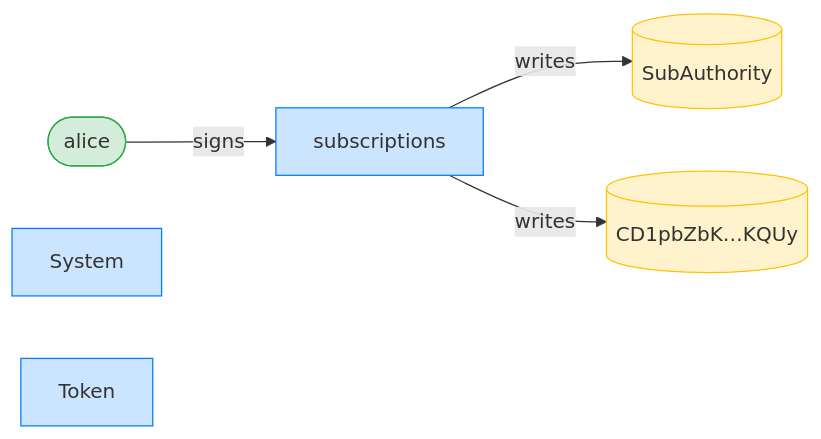
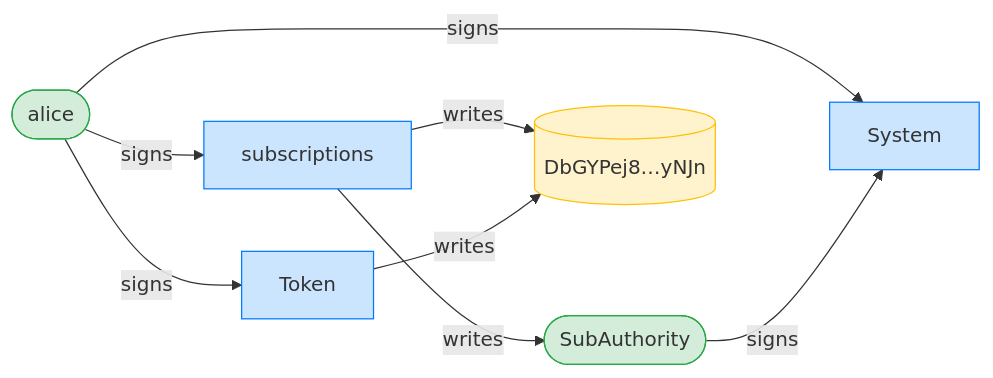
Before and after one commit to cds-rs/subscriptions: diagram 15 of 16 in dsl_tests/recurring-transfer-against-a-re-initialized-authority-is-refused.md, drawn with Mermaid. The commit also changed other lines of this file and 224 other files, not shown here.

````diff
--- a/dsl_tests/recurring-transfer-against-a-re-initialized-authority-is-refused.md
+++ b/dsl_tests/recurring-transfer-against-a-re-initialized-authority-is-refused.md
@@ -270,15 +282,19 @@
 ```mermaid
 flowchart LR
     classDef signer fill:#d4edda,stroke:#28a745;
     classDef program fill:#cce5ff,stroke:#007bff;
     classDef writable fill:#fff3cd,stroke:#ffc107;
     subscriptions[subscriptions]:::program
     alice([alice]):::signer
-    SubAuthority[(SubAuthority)]:::writable
-    CD1pbZbK_KQUy[("CD1pbZbK…KQUy")]:::writable
+    SubAuthority([SubAuthority]):::signer
+    DbGYPej8_yNJn[("DbGYPej8…yNJn")]:::writable
     System[System]:::program
     Token[Token]:::program
     alice -->|signs| subscriptions
+    alice -->|signs| System
+    SubAuthority -->|signs| System
+    alice -->|signs| Token
     subscriptions -->|writes| SubAuthority
-    subscriptions -->|writes| CD1pbZbK_KQUy
+    subscriptions -->|writes| DbGYPej8_yNJn
+    Token -->|writes| DbGYPej8_yNJn
 ```
````
